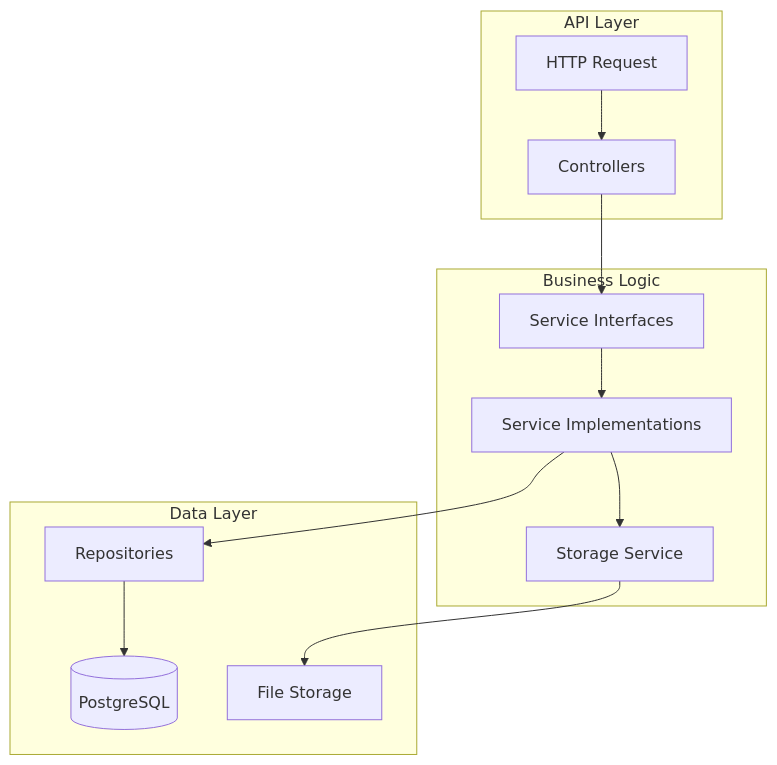
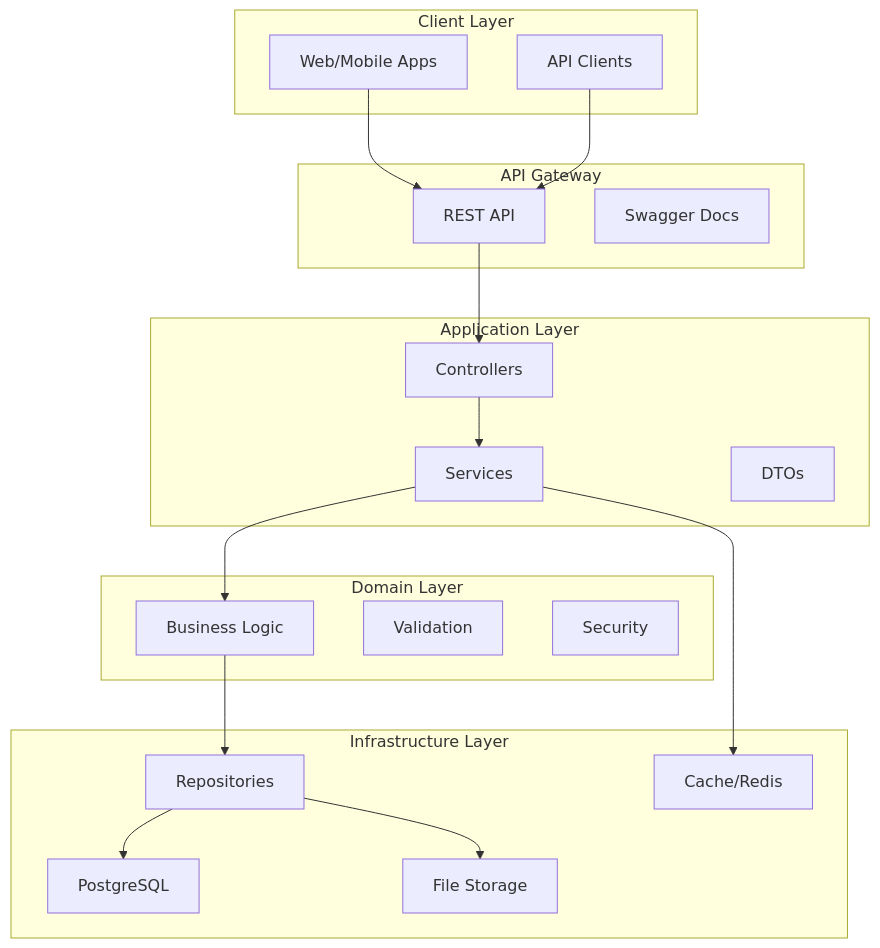
One commit to ashrith-devison/sangrah changed the first of 2 diagrams in README.md. Above: the diagram before and after it, drawn with Mermaid. The commit also changed other lines of this file and 18 other files, not shown here.

Commit message:
docs: complete README overhaul with comprehensive manual, architecture docs, API reference, and development guides

````diff
--- a/README.md
+++ b/README.md
@@ -263,22 +105,41 @@
 ```mermaid
-flowchart TD
-    subgraph API Layer
-        A[HTTP Request]
-        B[Controllers]
+graph TB
+    subgraph "Client Layer"
+        A[Web/Mobile Apps]
+        B[API Clients]
     end
-    subgraph Business Logic
-        C[Service Interfaces]
-        F[Service Implementations]
-        G[Storage Service]
+
+    subgraph "API Gateway"
+        C[REST API]
+        D[Swagger Docs]
     end
-    subgraph Data Layer
-        D[Repositories]
-        E[(PostgreSQL)]
-        H[File Storage]
+
+    subgraph "Application Layer"
+        E[Controllers]
+        F[Services]
+        G[DTOs]
     end
-    A --> B --> C --> F
-    F --> D
-    F --> G
-    D --> E
-    G --> H
+
+    subgraph "Domain Layer"
+        H[Business Logic]
+        I[Validation]
+        J[Security]
+    end
+
+    subgraph "Infrastructure Layer"
+        K[Repositories]
+        L[PostgreSQL]
+        M[File Storage]
+        N[Cache/Redis]
+    end
+
+    A --> C
+    B --> C
+    C --> E
+    E --> F
+    F --> H
+    H --> K
+    K --> L
+    K --> M
+    F --> N
 ```
````
